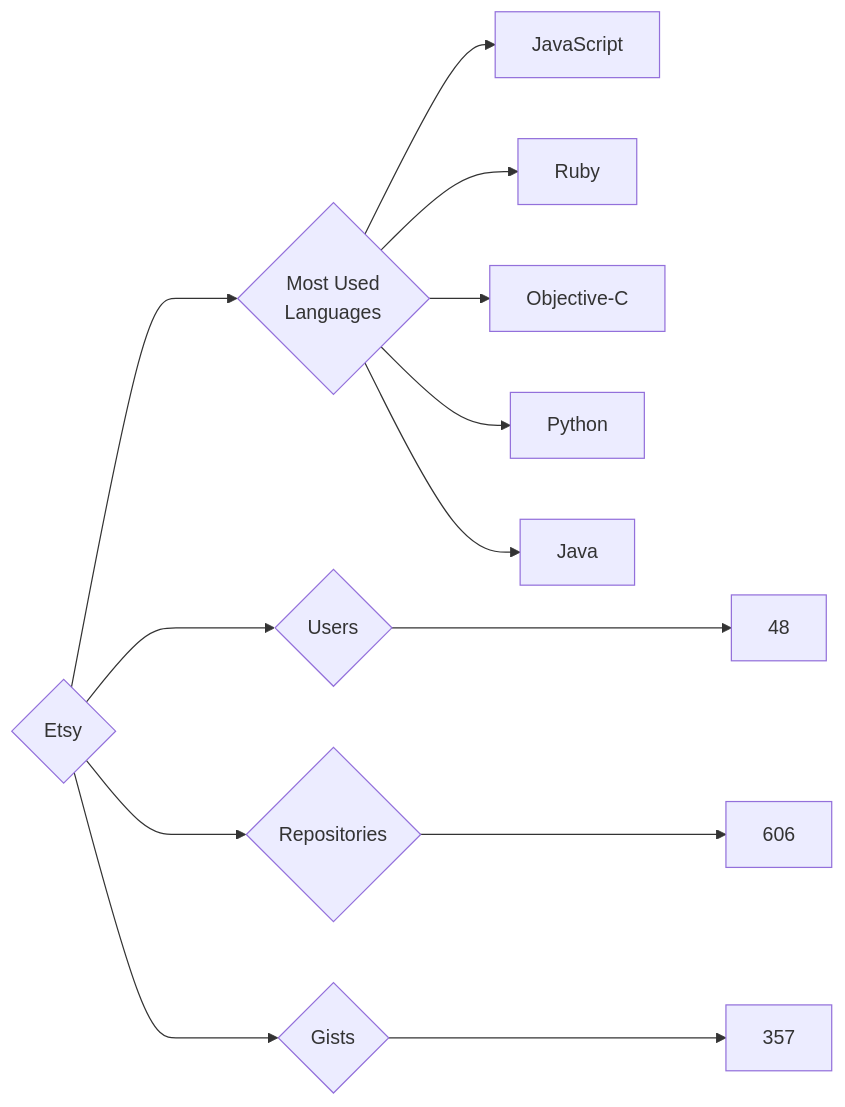
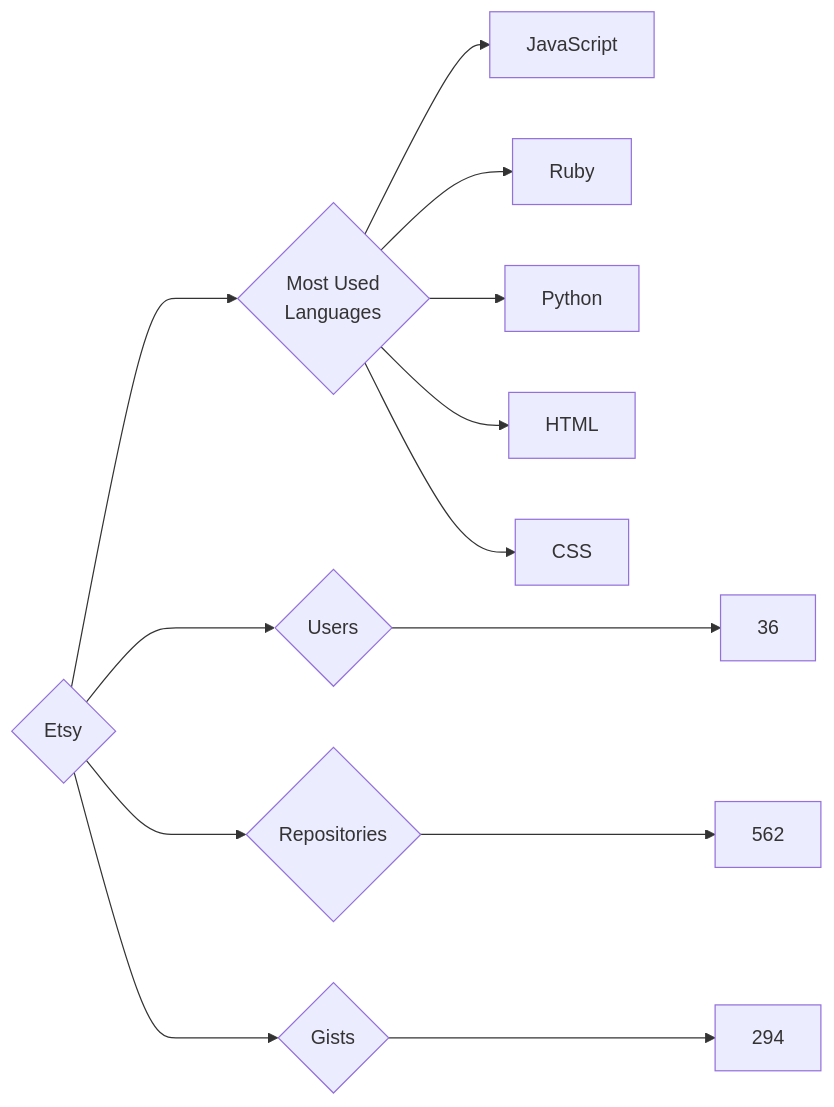
The diagram in targets/Etsy/README.md (trickest/insiders), drawn with Mermaid before and after one commit. The commit also changed 882 other files, not shown here.

````diff
--- a/targets/Etsy/README.md
+++ b/targets/Etsy/README.md
@@ -3,13 +3,13 @@
 ```mermaid
 graph LR
 COMPANY_NAME{Etsy}
-COMPANY_NAME ---> U{Users} ---> UN[48]
-COMPANY_NAME ---> R{Repositories} ---> RN[606]
-COMPANY_NAME ---> G{Gists} ---> GN[357]
+COMPANY_NAME ---> U{Users} ---> UN[36]
+COMPANY_NAME ---> R{Repositories} ---> RN[562]
+COMPANY_NAME ---> G{Gists} ---> GN[294]
 COMPANY_NAME ---> ML{Most Used<br>Languages}
 ML --> JavaScript[JavaScript]
 ML --> Ruby[Ruby]
-ML --> Objective-C[Objective-C]
 ML --> Python[Python]
-ML --> Java[Java]
+ML --> HTML[HTML]
+ML --> CSS[CSS]
 ```
````
